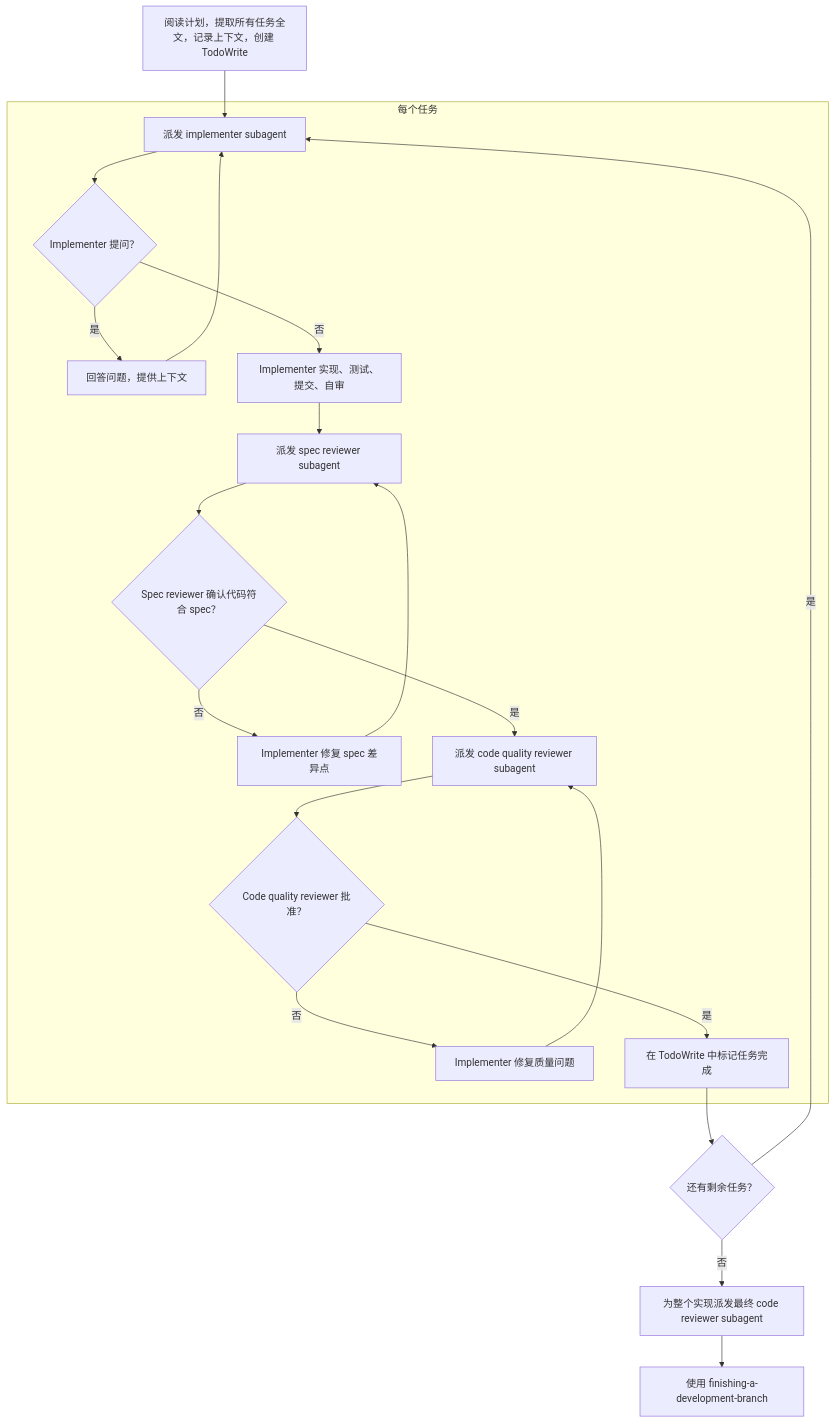
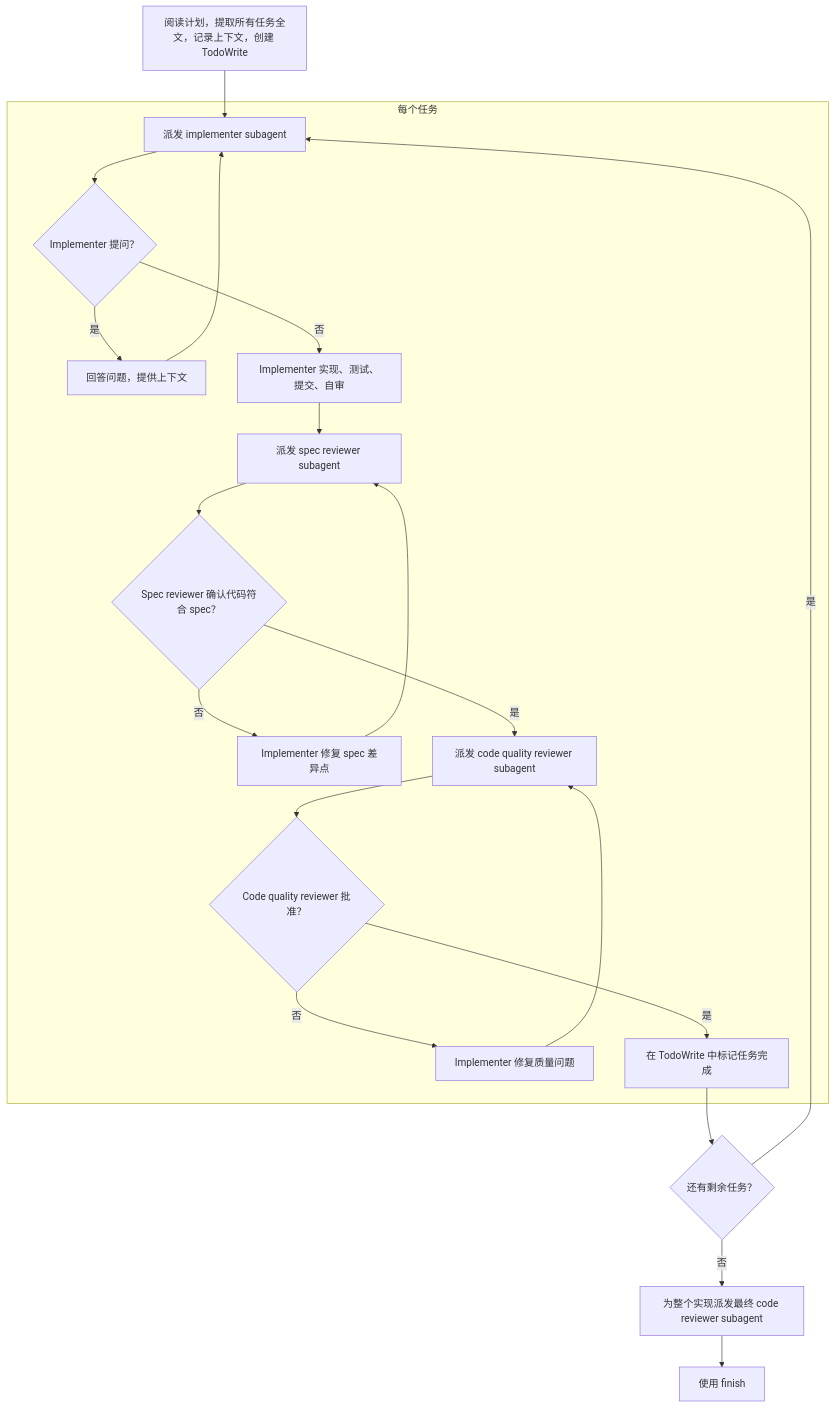
Before and after one commit to BaiduComate/mission-flow: the diagram in skills/execute-task-plan/SKILL.md, drawn with Mermaid. The commit also changed other lines of this file and 2 other files, not shown here.

Commit message:
ref: finish

````diff
--- a/skills/execute-task-plan/SKILL.md
+++ b/skills/execute-task-plan/SKILL.md
@@ -25,26 +25,26 @@
 ```mermaid
 flowchart TD
     Start[阅读计划，提取所有任务全文，记录上下文，创建 TodoWrite]
     Start --> Dispatch[派发 implementer subagent]
 
     subgraph PerTask[每个任务]
         Dispatch --> AskQ{Implementer 提问？}
         AskQ -->|是| Answer[回答问题，提供上下文]
         Answer --> Dispatch
         AskQ -->|否| Implement[Implementer 实现、测试、提交、自审]
         Implement --> SpecReview[派发 spec reviewer subagent]
         SpecReview --> SpecOK{Spec reviewer 确认代码符合 spec？}
         SpecOK -->|否| FixSpec[Implementer 修复 spec 差异点]
         FixSpec --> SpecReview
         SpecOK -->|是| QualityReview[派发 code quality reviewer subagent]
         QualityReview --> QualityOK{Code quality reviewer 批准？}
         QualityOK -->|否| FixQuality[Implementer 修复质量问题]
         FixQuality --> QualityReview
         QualityOK -->|是| MarkDone[在 TodoWrite 中标记任务完成]
     end
 
     MarkDone --> MoreTasks{还有剩余任务？}
     MoreTasks -->|是| Dispatch
     MoreTasks -->|否| FinalReview[为整个实现派发最终 code reviewer subagent]
-    FinalReview --> Finish[使用 finishing-a-development-branch]
+    FinalReview --> Finish[使用 finish]
 ```
````
